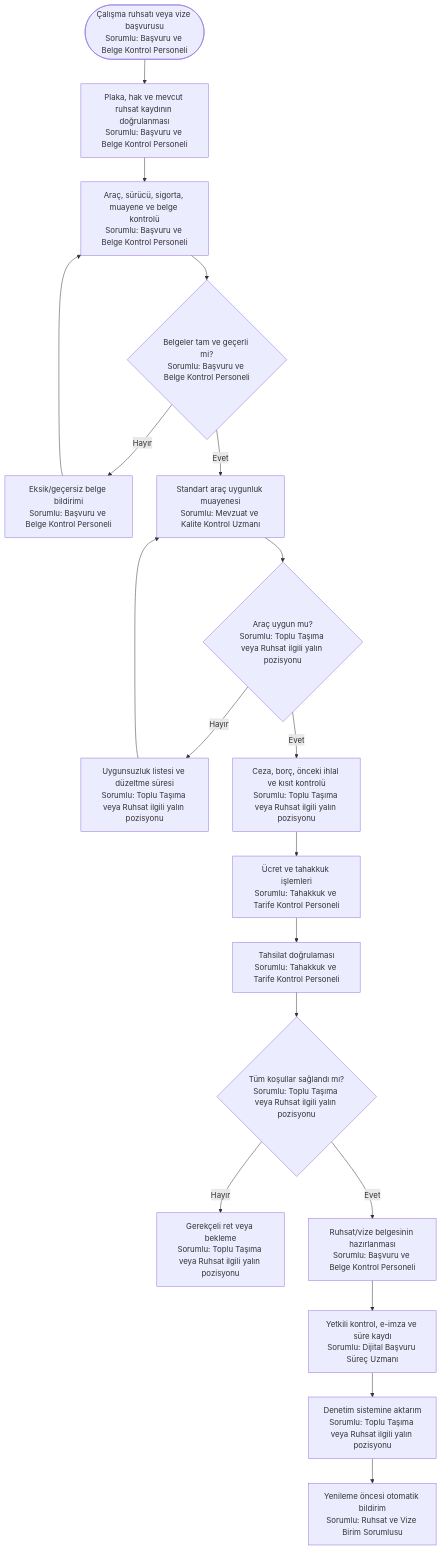
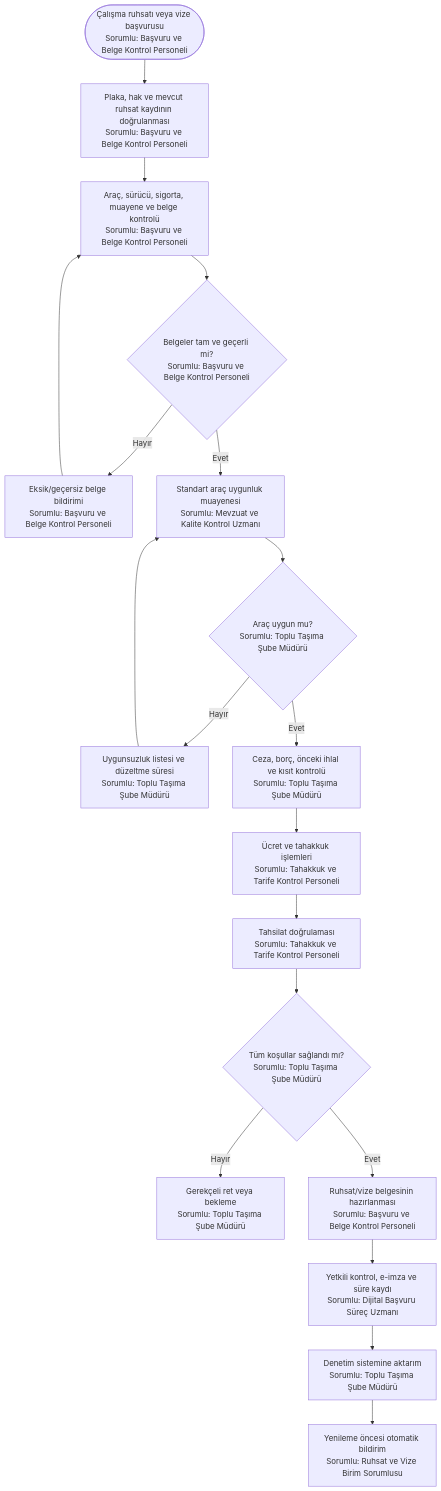
The fourth of 4 diagrams in 11_yalin_surec_haritalari_sorumlulari_belirtilmis/toplu_ulasim/ek_surecler.md (merdaergen-create/Ulasim_Dairesi_Is_Analizi), drawn with Mermaid before and after one commit. The commit also changed other lines of this file and 9 other files, not shown here.

Commit message:
Yalın süreç haritalarını koruyarak kesin sorumlu pozisyonları ekle

````diff
--- a/11_yalin_surec_haritalari_sorumlulari_belirtilmis/toplu_ulasim/ek_surecler.md
+++ b/11_yalin_surec_haritalari_sorumlulari_belirtilmis/toplu_ulasim/ek_surecler.md
@@ -126,21 +126,21 @@
 ```mermaid
 flowchart TD
     A([Çalışma ruhsatı veya vize başvurusu<br/>Sorumlu: Başvuru ve Belge Kontrol Personeli]) --> B[Plaka, hak ve mevcut ruhsat kaydının doğrulanması<br/>Sorumlu: Başvuru ve Belge Kontrol Personeli]
     B --> C[Araç, sürücü, sigorta, muayene ve belge kontrolü<br/>Sorumlu: Başvuru ve Belge Kontrol Personeli]
     C --> D{Belgeler tam ve geçerli mi?<br/>Sorumlu: Başvuru ve Belge Kontrol Personeli}
     D -- Hayır --> E[Eksik/geçersiz belge bildirimi<br/>Sorumlu: Başvuru ve Belge Kontrol Personeli]
     E --> C
     D -- Evet --> F[Standart araç uygunluk muayenesi<br/>Sorumlu: Mevzuat ve Kalite Kontrol Uzmanı]
-    F --> G{Araç uygun mu?<br/>Sorumlu: Toplu Taşıma veya Ruhsat ilgili yalın pozisyonu}
-    G -- Hayır --> H[Uygunsuzluk listesi ve düzeltme süresi<br/>Sorumlu: Toplu Taşıma veya Ruhsat ilgili yalın pozisyonu]
+    F --> G{Araç uygun mu?<br/>Sorumlu: Toplu Taşıma Şube Müdürü}
+    G -- Hayır --> H[Uygunsuzluk listesi ve düzeltme süresi<br/>Sorumlu: Toplu Taşıma Şube Müdürü]
     H --> F
-    G -- Evet --> I[Ceza, borç, önceki ihlal ve kısıt kontrolü<br/>Sorumlu: Toplu Taşıma veya Ruhsat ilgili yalın pozisyonu]
+    G -- Evet --> I[Ceza, borç, önceki ihlal ve kısıt kontrolü<br/>Sorumlu: Toplu Taşıma Şube Müdürü]
     I --> J[Ücret ve tahakkuk işlemleri<br/>Sorumlu: Tahakkuk ve Tarife Kontrol Personeli]
     J --> K[Tahsilat doğrulaması<br/>Sorumlu: Tahakkuk ve Tarife Kontrol Personeli]
-    K --> L{Tüm koşullar sağlandı mı?<br/>Sorumlu: Toplu Taşıma veya Ruhsat ilgili yalın pozisyonu}
-    L -- Hayır --> M[Gerekçeli ret veya bekleme<br/>Sorumlu: Toplu Taşıma veya Ruhsat ilgili yalın pozisyonu]
+    K --> L{Tüm koşullar sağlandı mı?<br/>Sorumlu: Toplu Taşıma Şube Müdürü}
+    L -- Hayır --> M[Gerekçeli ret veya bekleme<br/>Sorumlu: Toplu Taşıma Şube Müdürü]
     L -- Evet --> N[Ruhsat/vize belgesinin hazırlanması<br/>Sorumlu: Başvuru ve Belge Kontrol Personeli]
     N --> O[Yetkili kontrol, e-imza ve süre kaydı<br/>Sorumlu: Dijital Başvuru Süreç Uzmanı]
-    O --> P[Denetim sistemine aktarım<br/>Sorumlu: Toplu Taşıma veya Ruhsat ilgili yalın pozisyonu]
+    O --> P[Denetim sistemine aktarım<br/>Sorumlu: Toplu Taşıma Şube Müdürü]
     P --> Q[Yenileme öncesi otomatik bildirim<br/>Sorumlu: Ruhsat ve Vize Birim Sorumlusu]
 ```
````
